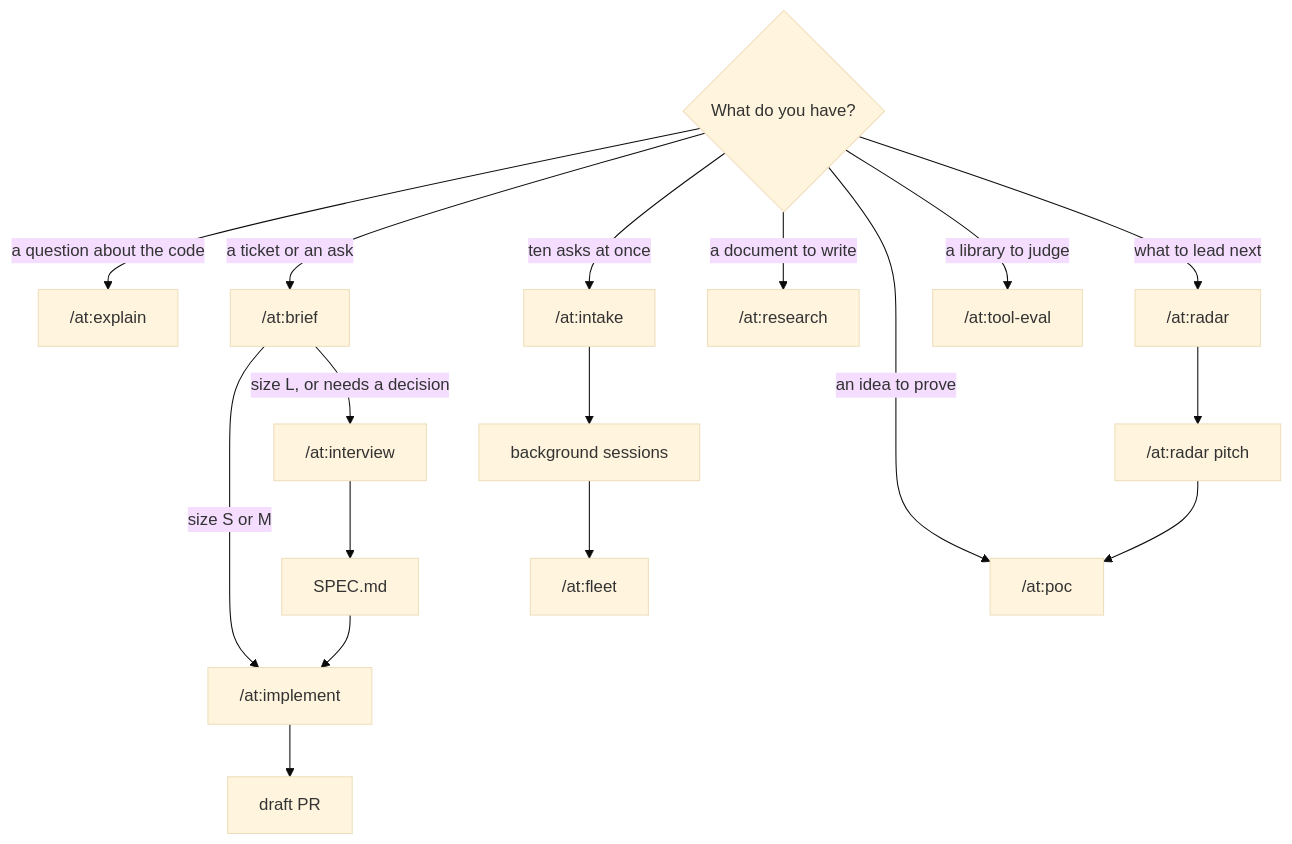
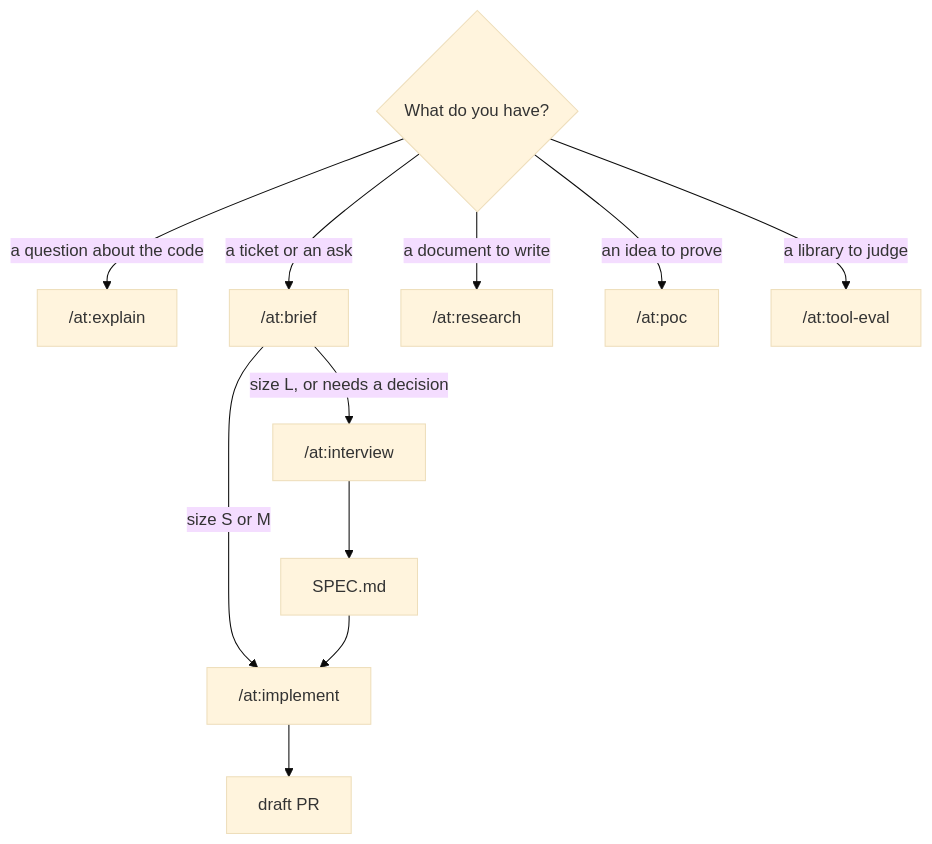
One commit to andytavares/claude changed the diagram in README.md. Above: the diagram before and after it, drawn with Mermaid (base theme). The commit also changed other lines of this file and 1 other file, not shown here.

Commit message:
docs(readme): drop radar and fleet; bump plugin to 0.3.0

````diff
--- a/README.md
+++ b/README.md
@@ -38,15 +33,12 @@
 ```mermaid
 flowchart TD
   Q{"What do you have?"}
   Q -->|"a question about the code"| EX["/at:explain"]
   Q -->|"a ticket or an ask"| BR["/at:brief"]
-  Q -->|"ten asks at once"| IN["/at:intake"]
   Q -->|"a document to write"| RS["/at:research"]
   Q -->|"an idea to prove"| PC["/at:poc"]
   Q -->|"a library to judge"| TE["/at:tool-eval"]
-  Q -->|"what to lead next"| RD["/at:radar"] --> PT["/at:radar pitch"] --> PC
   BR -->|"size S or M"| IM["/at:implement"]
   BR -->|"size L, or needs a decision"| IV["/at:interview"] --> SP["SPEC.md"] --> IM
-  IN --> DP["background sessions"] --> FL["/at:fleet"]
   IM --> PR["draft PR"]
 ```
````
